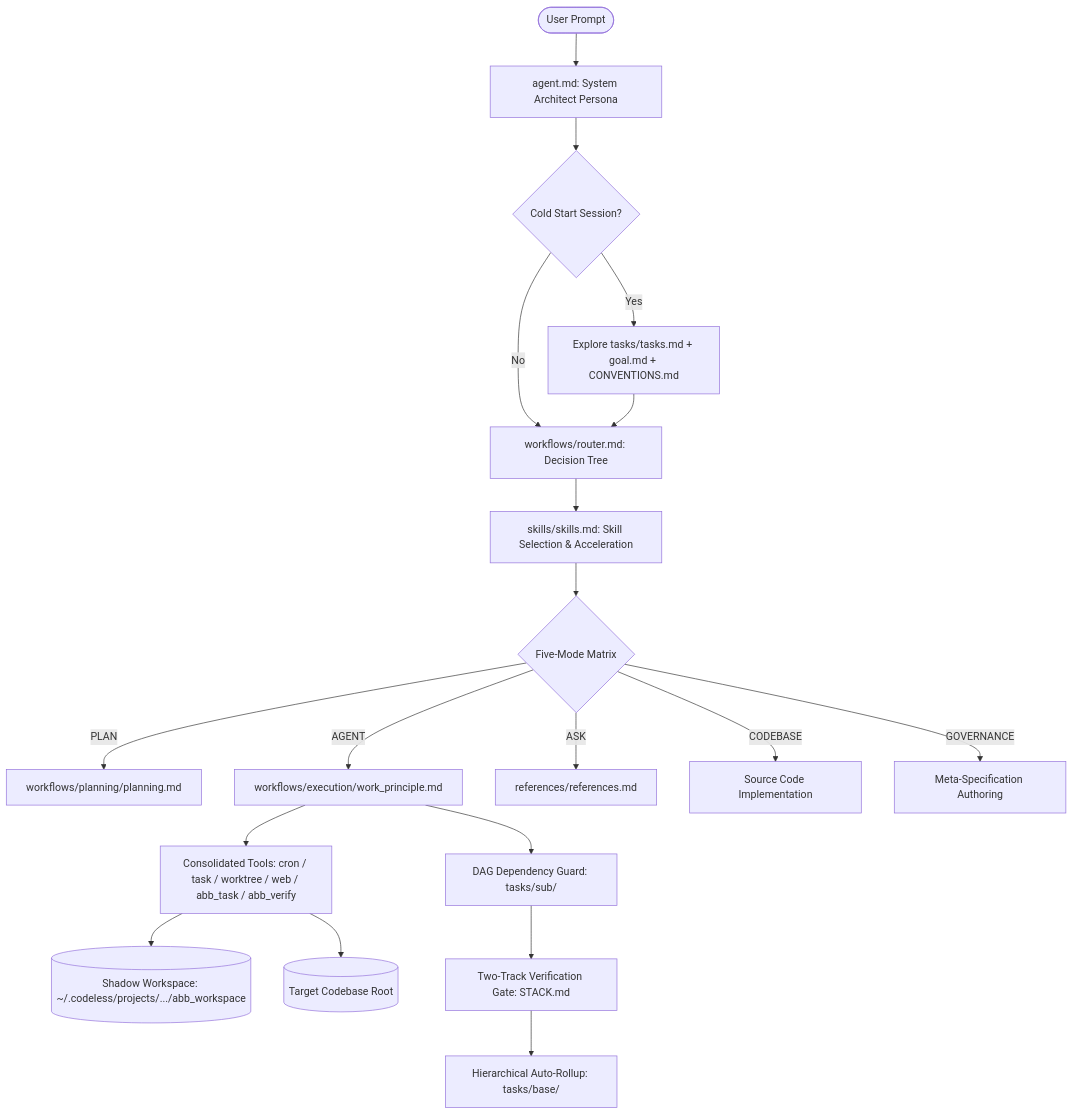
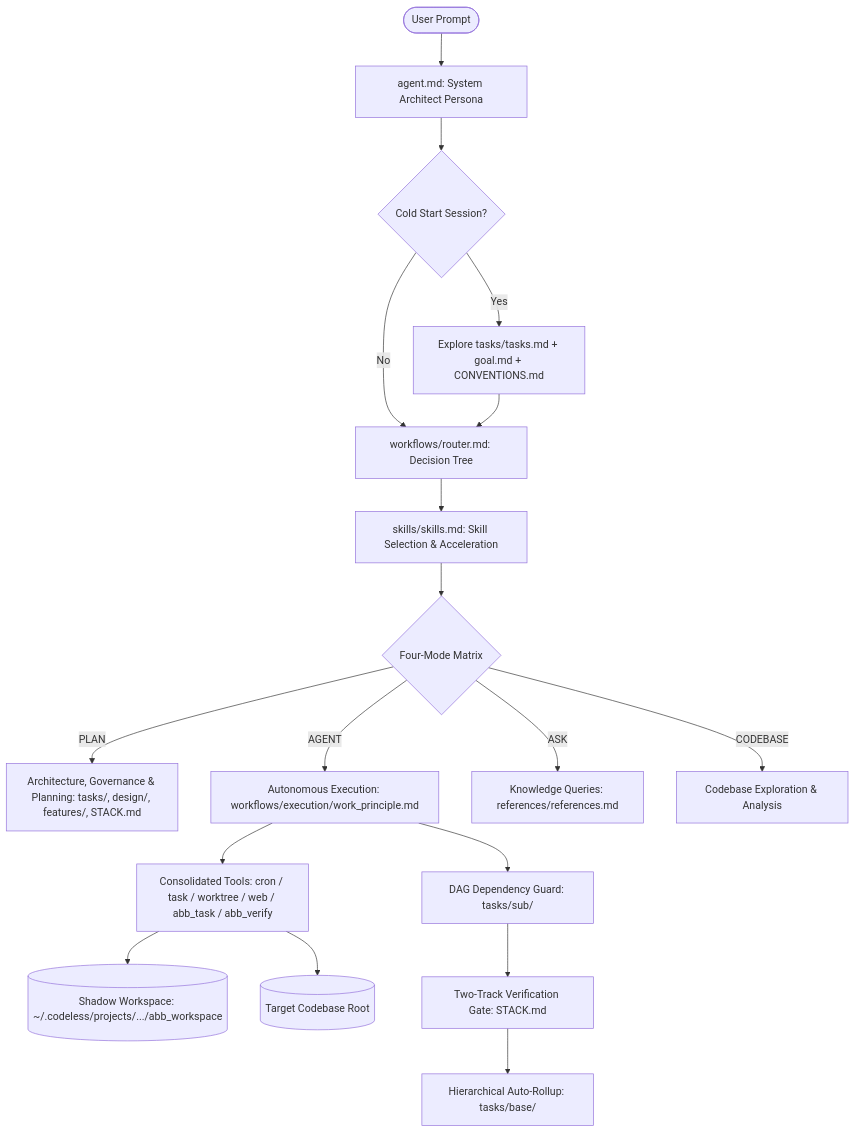
The first of 2 diagrams in README.md (AkshatTilak/codeless), drawn with Mermaid before and after one commit. The commit also changed other lines of this file and 18 other files, not shown here.

Commit message:
cleanup: removed GOVERNANCE mode based on flow issues merged with PLAN mode.

````diff
--- a/README.md
+++ b/README.md
@@ -58,24 +58,23 @@
 ```mermaid
 graph TD
     User([User Prompt]) --> Agent[agent.md: System Architect Persona]
     Agent --> ColdStart{Cold Start Session?}
     ColdStart -->|Yes| Inspect[Explore tasks/tasks.md + goal.md + CONVENTIONS.md]
     ColdStart -->|No| Router[workflows/router.md: Decision Tree]
     Inspect --> Router
     Router --> Skills[skills/skills.md: Skill Selection & Acceleration]
 
-    Skills --> Mode{Five-Mode Matrix}
-    Mode -->|PLAN| Plan[workflows/planning/planning.md]
-    Mode -->|AGENT| Exec[workflows/execution/work_principle.md]
-    Mode -->|ASK| Know[references/references.md]
-    Mode -->|CODEBASE| Code[Source Code Implementation]
-    Mode -->|GOVERNANCE| Gov[Meta-Specification Authoring]
+    Skills --> Mode{Four-Mode Matrix}
+    Mode -->|PLAN| Plan[Architecture, Governance & Planning: tasks/, design/, features/, STACK.md]
+    Mode -->|AGENT| Exec[Autonomous Execution: workflows/execution/work_principle.md]
+    Mode -->|ASK| Know[Knowledge Queries: references/references.md]
+    Mode -->|CODEBASE| Code[Codebase Exploration & Analysis]
 
     Exec --> Tools[Consolidated Tools: cron / task / worktree / web / abb_task / abb_verify]
     Tools --> Shadow[(Shadow Workspace: ~/.codeless/projects/.../abb_workspace)]
     Tools --> Codebase[(Target Codebase Root)]
 
     Exec --> DAG[DAG Dependency Guard: tasks/sub/]
     DAG --> Verify[Two-Track Verification Gate: STACK.md]
     Verify --> Rollup[Hierarchical Auto-Rollup: tasks/base/]
 ```
````
